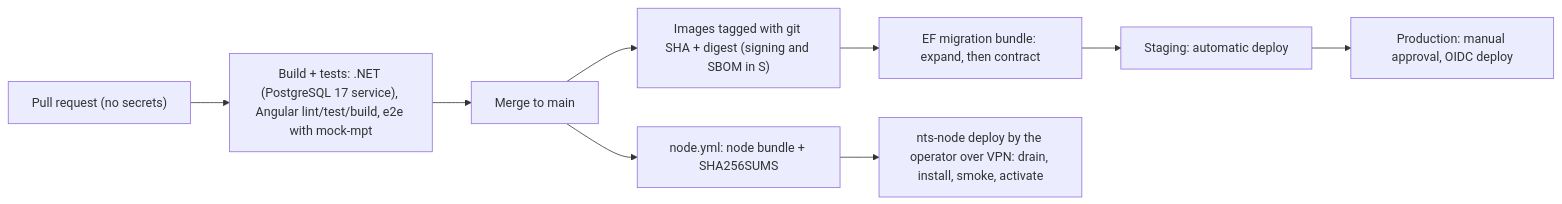
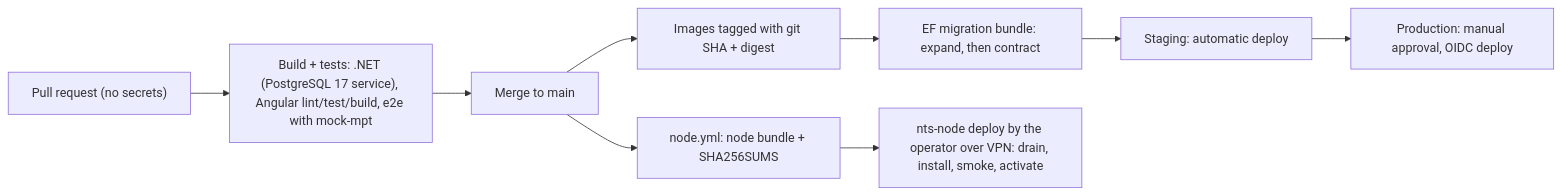
One commit to anglesen1120/NightTalesStudio changed diagram 17 of 17 in DIAGRAMS.md. Above: the diagram before and after it, drawn with Mermaid. The commit also changed other lines of this file and 335 other files, not shown here.

````diff
--- a/DIAGRAMS.md
+++ b/DIAGRAMS.md
@@ -473,11 +427,11 @@
 ```mermaid
 flowchart LR
   PR["Pull request (no secrets)"] --> CI["Build + tests: .NET (PostgreSQL 17 service), Angular lint/test/build, e2e with mock-mpt"]
   CI --> MG["Merge to main"]
-  MG --> IM["Images tagged with git SHA + digest (signing and SBOM in S)"]
+  MG --> IM["Images tagged with git SHA + digest"]
   IM --> MI["EF migration bundle: expand, then contract"]
   MI --> ST["Staging: automatic deploy"]
   ST --> PD["Production: manual approval, OIDC deploy"]
   MG --> NB["node.yml: node bundle + SHA256SUMS"]
   NB --> ND["nts-node deploy by the operator over VPN: drain, install, smoke, activate"]
 ```
````
